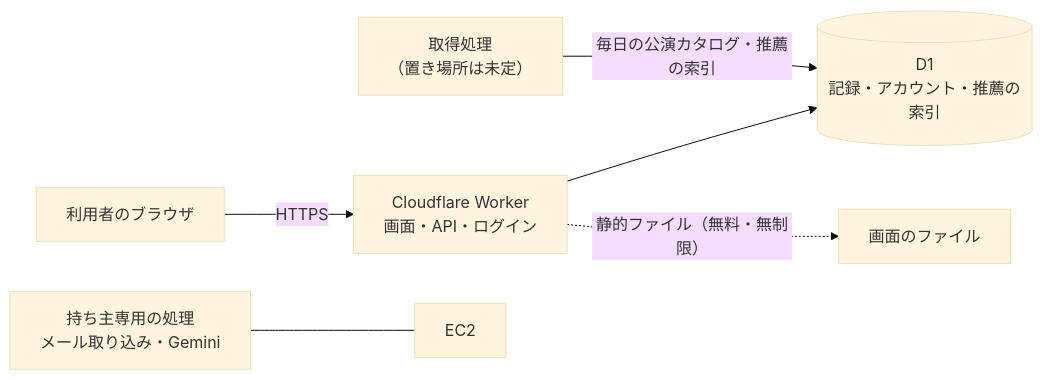
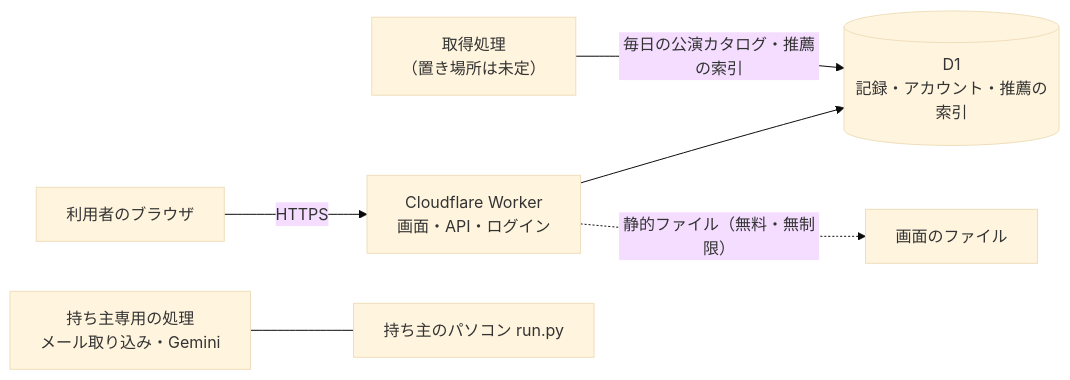
The first of 2 diagrams in docs/service-roadmap.md (island-6848/taguri-demo), drawn with Mermaid (base theme) before and after one commit. The commit also changed other lines of this file and 18 other files, not shown here.

````diff
--- a/docs/service-roadmap.md
+++ b/docs/service-roadmap.md
@@ -12,8 +12,8 @@
 ```mermaid
 flowchart LR
   U[利用者のブラウザ] -->|HTTPS| W[Cloudflare Worker<br>画面・API・ログイン]
   W --> D[(D1<br>記録・アカウント・推薦の索引)]
   W -. 静的ファイル（無料・無制限） .-> A[画面のファイル]
   J[取得処理<br>（置き場所は未定）] -->|毎日の公演カタログ・推薦の索引| D
-  E[持ち主専用の処理<br>メール取り込み・Gemini] --- EC2[EC2]
+  E[持ち主専用の処理<br>メール取り込み・Gemini] --- PC[持ち主のパソコン run.py]
 ```
````
